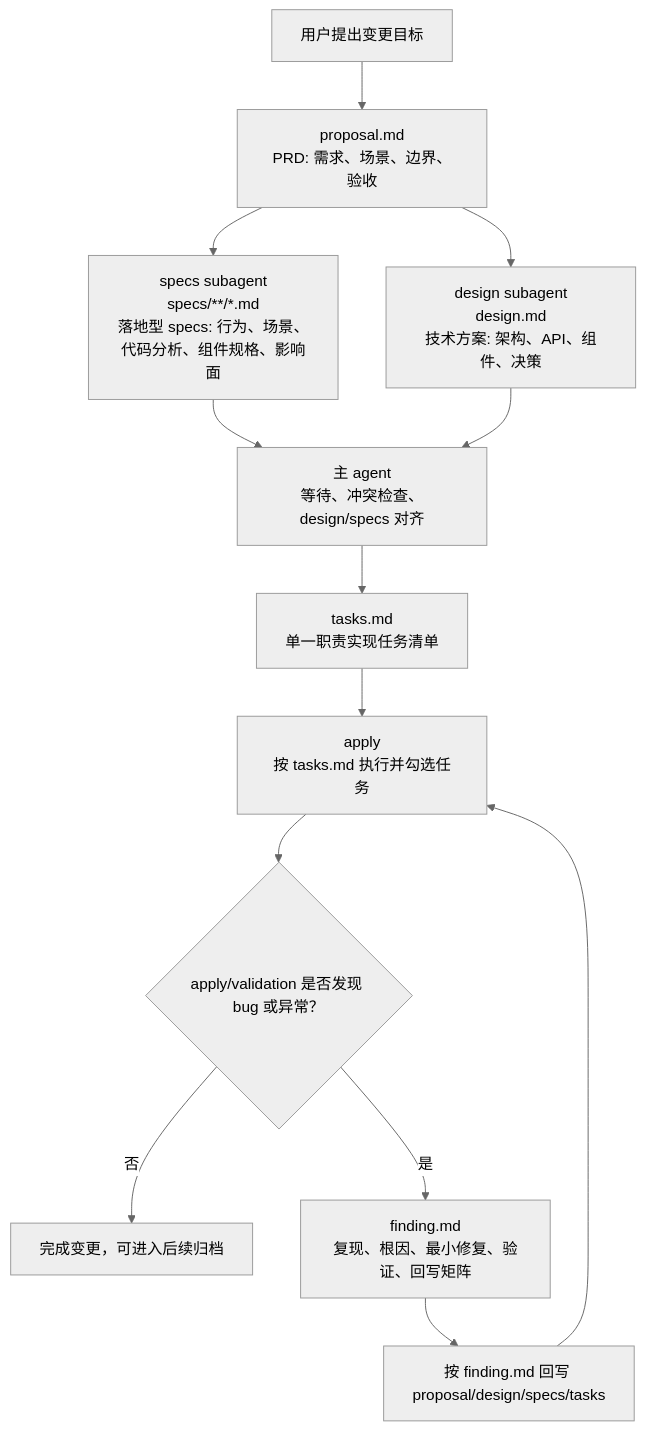
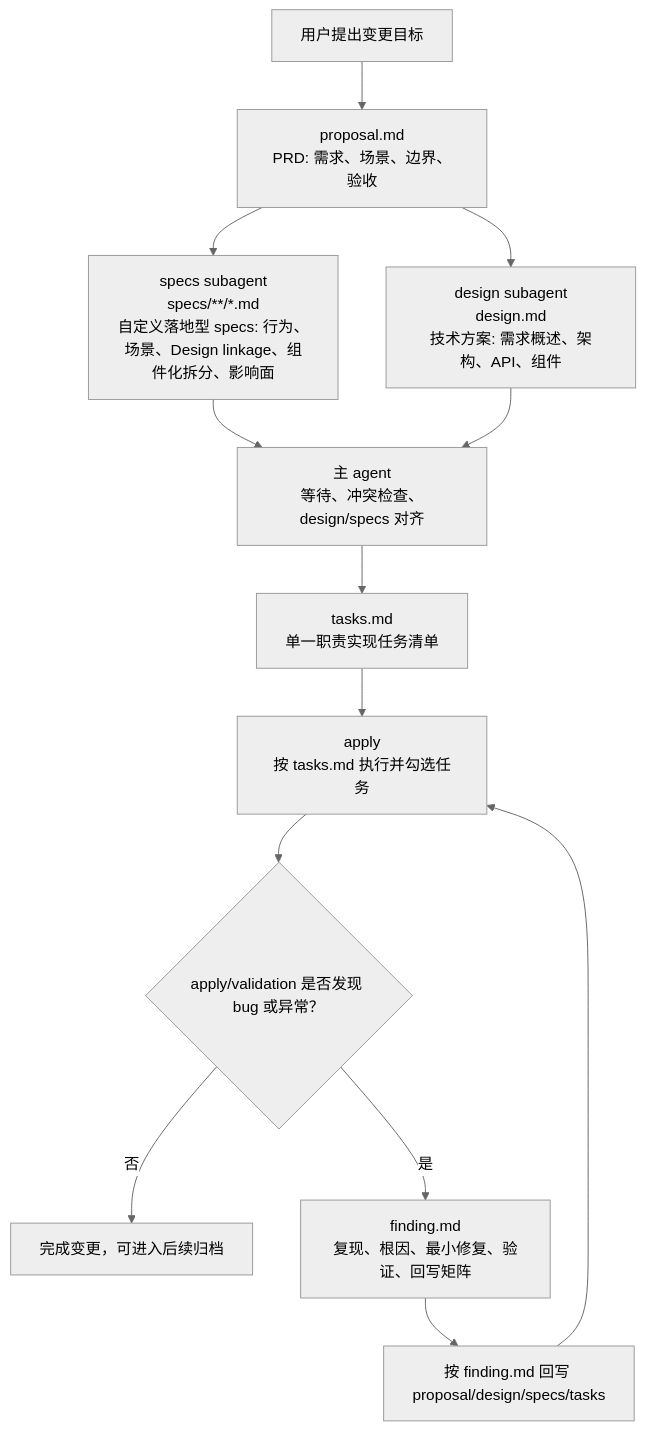
One commit to shadowgxq/open-spec-customization changed the diagram in spec-parallel/README.md. Above: the diagram before and after it, drawn with Mermaid (neutral theme). The commit also changed other lines of this file and 7 other files, not shown here.

````diff
--- a/spec-parallel/README.md
+++ b/spec-parallel/README.md
@@ -37,18 +39,18 @@
 ```mermaid
 flowchart TD
     A["用户提出变更目标"] --> B["proposal.md<br/>PRD: 需求、场景、边界、验收"]
 
-    B --> C1["specs subagent<br/>specs/**/*.md<br/>落地型 specs: 行为、场景、代码分析、组件规格、影响面"]
-    B --> C2["design subagent<br/>design.md<br/>技术方案: 架构、API、组件、决策"]
+    B --> C1["specs subagent<br/>specs/**/*.md<br/>自定义落地型 specs: 行为、场景、Design linkage、组件化拆分、影响面"]
+    B --> C2["design subagent<br/>design.md<br/>技术方案: 需求概述、架构、API、组件"]
 
     C1 --> C3["主 agent<br/>等待、冲突检查、design/specs 对齐"]
     C2 --> C3
     C3 --> D["tasks.md<br/>单一职责实现任务清单"]
 
     D --> E["apply<br/>按 tasks.md 执行并勾选任务"]
     E --> F{"apply/validation 是否发现 bug 或异常？"}
     F -- "否" --> G["完成变更，可进入后续归档"]
     F -- "是" --> H["finding.md<br/>复现、根因、最小修复、验证、回写矩阵"]
     H --> I["按 finding.md 回写 proposal/design/specs/tasks"]
     I --> E
 ```
````
